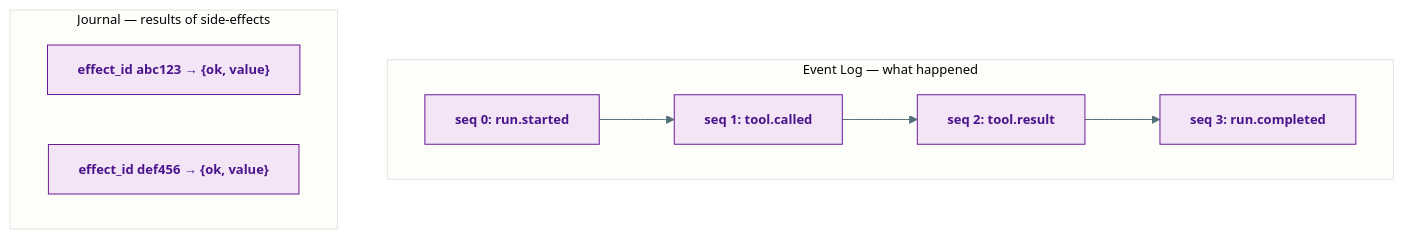
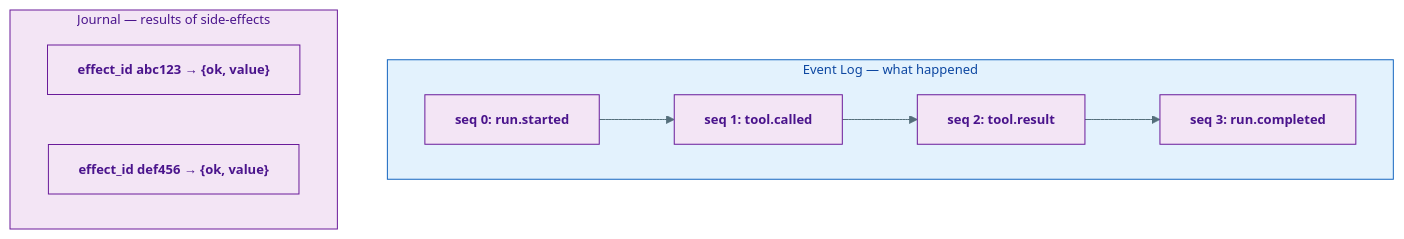
Before and after one commit to Ravikumarchavva/agent-substrate: the first of 4 diagrams in agents/agent-substrate/docs/concepts/durability.md, drawn with Mermaid. The commit also changed 13 other files, not shown here.

Commit message:
style: enhance diagram aesthetics with color coding and improve Mermaid integration

````diff
--- a/agents/agent-substrate/docs/concepts/durability.md
+++ b/agents/agent-substrate/docs/concepts/durability.md
@@ -20,19 +20,22 @@
 ```mermaid
 %%{init: {'theme': 'base', 'themeVariables': {'primaryColor': '#E8EAF6','primaryTextColor': '#1A237E','primaryBorderColor': '#3949AB','lineColor': '#546E7A','fontSize': '13px'}}}%%
 graph TB
     classDef store fill:#F3E5F5,stroke:#6A1B9A,color:#4A148C,font-weight:bold
     classDef desc  fill:#FAFAFA,stroke:#BDBDBD,color:#424242
 
     subgraph EL["Event Log — what happened"]
         E0["seq 0: run.started"]:::store
         E1["seq 1: tool.called"]:::store
         E2["seq 2: tool.result"]:::store
         E3["seq 3: run.completed"]:::store
         E0 --> E1 --> E2 --> E3
     end
 
     subgraph JN["Journal — results of side-effects"]
         J1["effect_id abc123 → {ok, value}"]:::store
         J2["effect_id def456 → {ok, value}"]:::store
     end
+
+    style EL fill:#e3f2fd,stroke:#1565c0,color:#0d47a1
+    style JN fill:#f3e5f5,stroke:#6a1b9a,color:#4a148c
 ```
````
